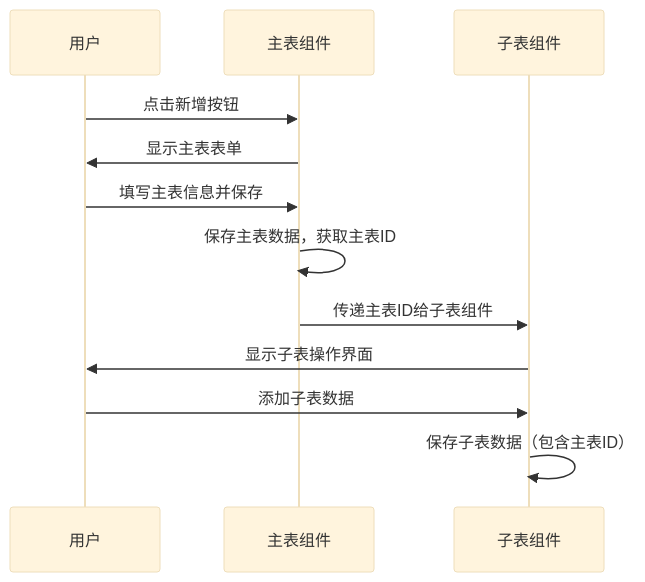
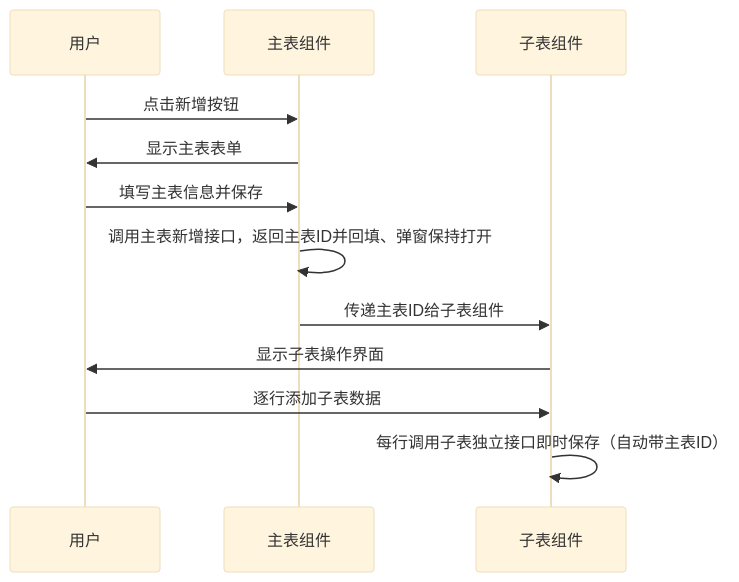
The first of 2 diagrams in docs/backend/modules/generator/template-types.md (bkywksj/ruoyi-plus-uniapp-docs), drawn with Mermaid (base theme) before and after one commit. The commit also changed other lines of this file and 172 other files, not shown here.

````diff
--- a/docs/backend/modules/generator/template-types.md
+++ b/docs/backend/modules/generator/template-types.md
@@ -595,15 +630,15 @@
 ```mermaid
 sequenceDiagram
     participant U as 用户
     participant M as 主表组件
     participant S as 子表组件
     
     U->>M: 点击新增按钮
     M->>U: 显示主表表单
     U->>M: 填写主表信息并保存
-    M->>M: 保存主表数据，获取主表ID
+    M->>M: 调用主表新增接口，返回主表ID并回填、弹窗保持打开
     M->>S: 传递主表ID给子表组件
     S->>U: 显示子表操作界面
-    U->>S: 添加子表数据
-    S->>S: 保存子表数据（包含主表ID）
+    U->>S: 逐行添加子表数据
+    S->>S: 每行调用子表独立接口即时保存（自动带主表ID）
 ```
````
